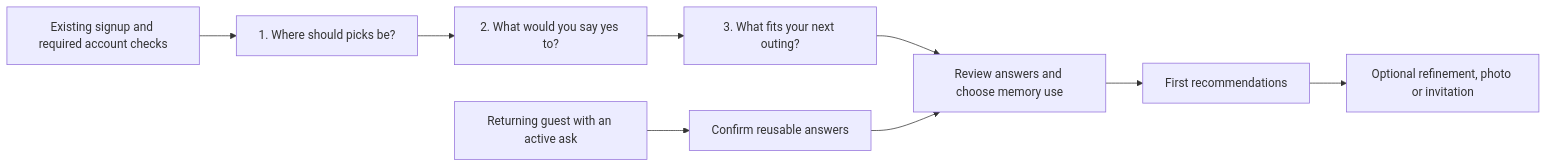
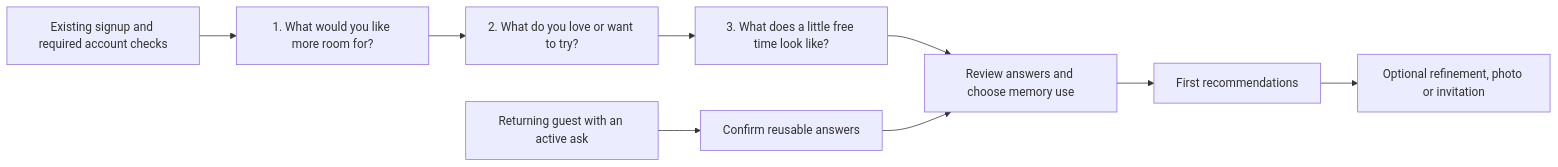
The diagram in docs/stubby-v3/onboarding-redesign.md (ls6712-arch/NoSpace-repo), drawn with Mermaid before and after one commit. The commit also changed other lines of this file, not shown here.

````diff
--- a/docs/stubby-v3/onboarding-redesign.md
+++ b/docs/stubby-v3/onboarding-redesign.md
@@ -135,11 +145,11 @@
 ```mermaid
 flowchart LR
-    A[Existing signup and required account checks] --> B[1. Where should picks be?]
-    B --> C[2. What would you say yes to?]
-    C --> D[3. What fits your next outing?]
+    A[Existing signup and required account checks] --> B[1. What would you like more room for?]
+    B --> C[2. What do you love or want to try?]
+    C --> D[3. What does a little free time look like?]
     D --> E[Review answers and choose memory use]
     E --> F[First recommendations]
     F --> G[Optional refinement, photo or invitation]
     H[Returning guest with an active ask] --> I[Confirm reusable answers]
     I --> E
 ```
````
